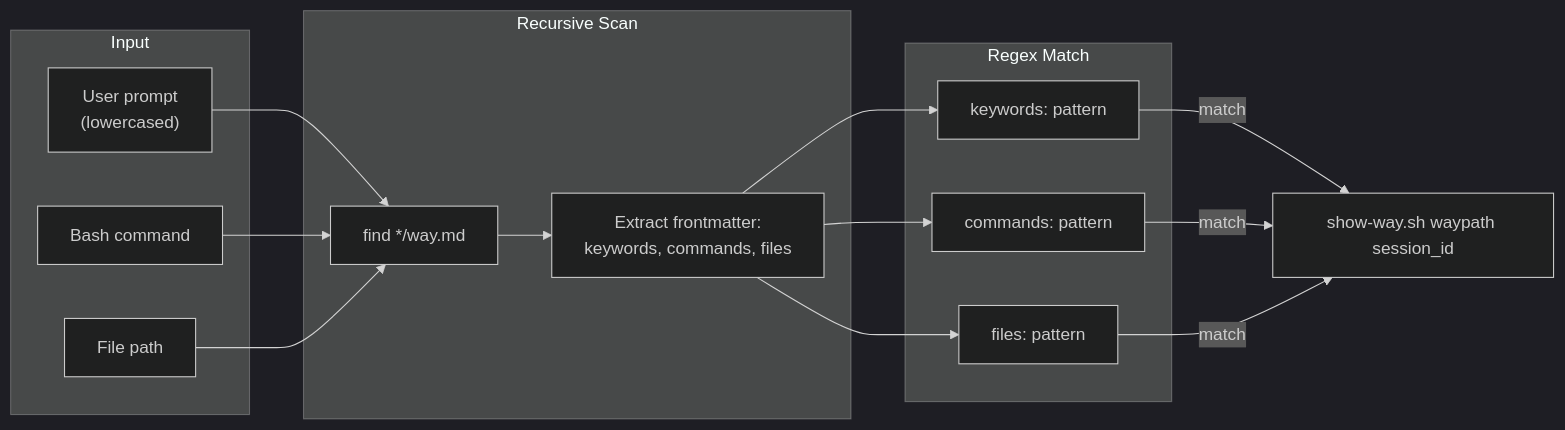
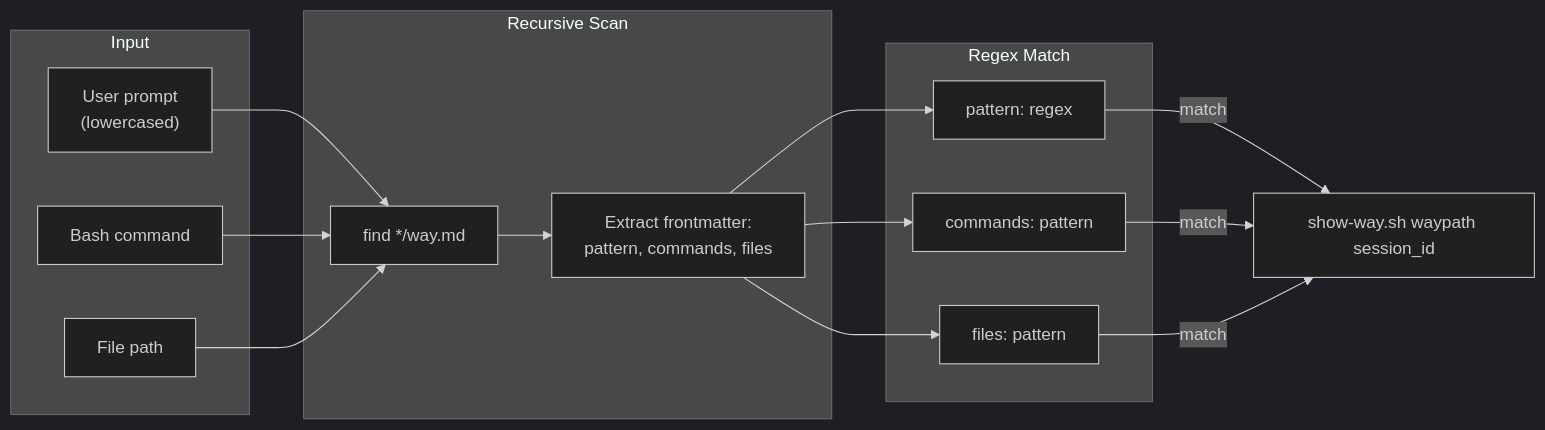
Before and after one commit to aaronsb/claude-code-config: the third of 8 diagrams in docs/architecture.md, drawn with Mermaid (dark theme). The commit also changed other lines of this file and 1 other file, not shown here.

First line of the commit message:
docs: fix stale PostToolUse and keywords references

````diff
--- a/docs/architecture.md
+++ b/docs/architecture.md
@@ -57,32 +57,32 @@
 ```mermaid
 flowchart LR
     subgraph Input
         Prompt["User prompt<br/>(lowercased)"]
         Cmd["Bash command"]
         File["File path"]
     end
 
     subgraph Scan["Recursive Scan"]
         Find["find */way.md"]
-        Extract["Extract frontmatter:<br/>keywords, commands, files"]
+        Extract["Extract frontmatter:<br/>pattern, commands, files"]
     end
 
     subgraph Match["Regex Match"]
-        KW["keywords: pattern"]
+        KW["pattern: regex"]
         CM["commands: pattern"]
         FL["files: pattern"]
     end
 
     Prompt --> Find
     Cmd --> Find
     File --> Find
 
     Find --> Extract
     Extract --> KW
     Extract --> CM
     Extract --> FL
 
     KW -->|match| SW["show-way.sh waypath session_id"]
     CM -->|match| SW
     FL -->|match| SW
 ```
````
